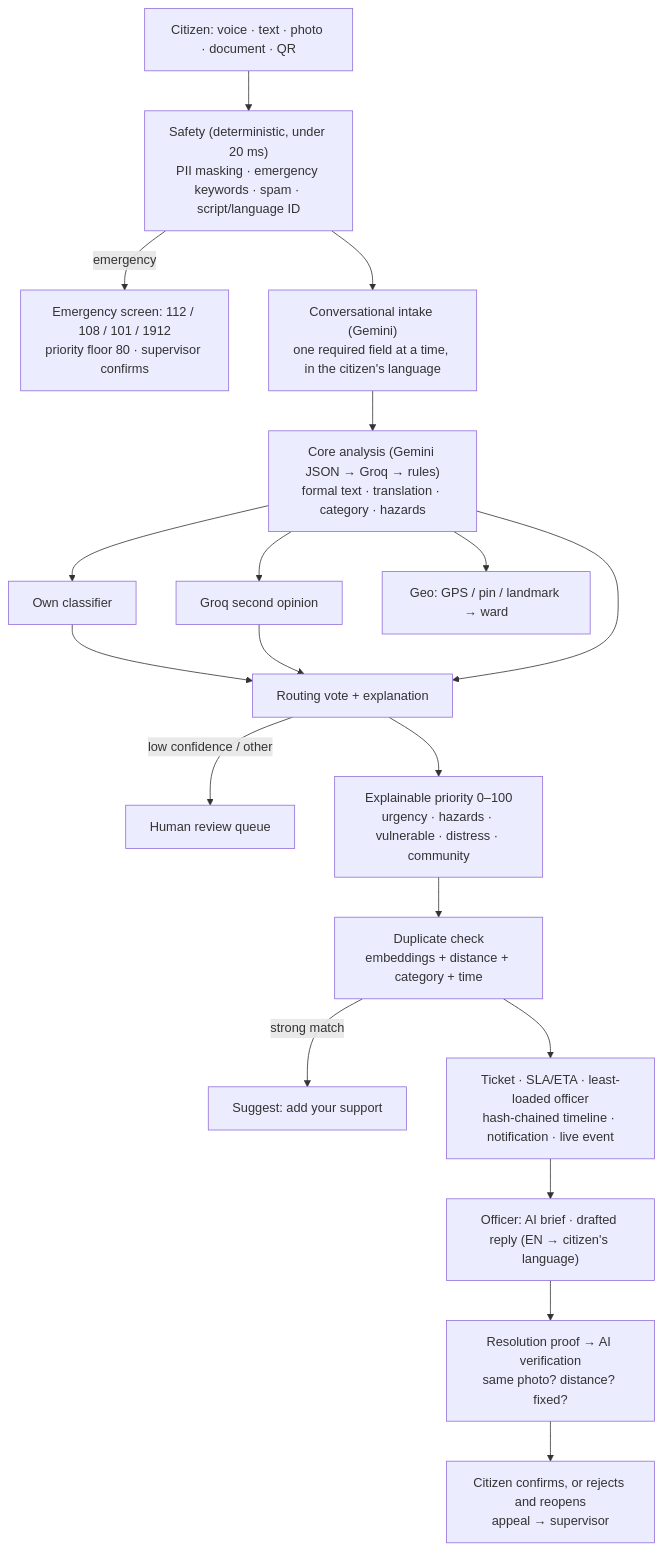
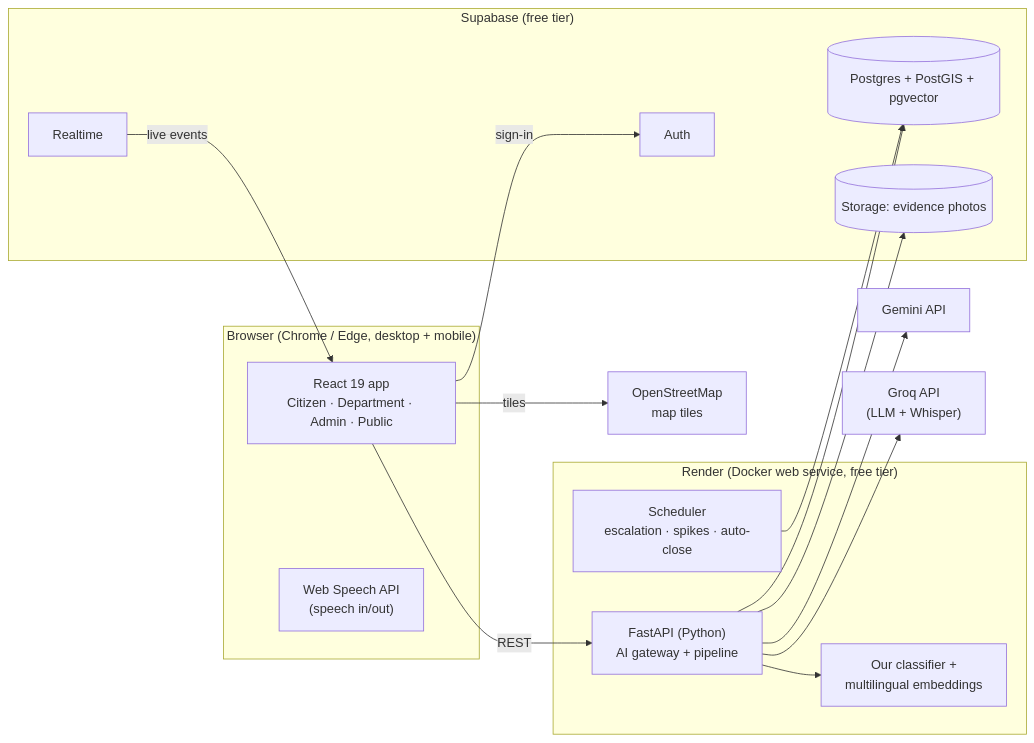
Before and after one commit to Vidur-2007/JanaVaani: the second of 2 diagrams in README.md, drawn with Mermaid. The commit also changed other lines of this file and 18 other files, not shown here.

````diff
--- a/README.md
+++ b/README.md
@@ -94,17 +294,32 @@
 ```mermaid
-flowchart TD
-  IN["Citizen: voice · text · photo · document · QR"] --> SAFE["Safety (deterministic, under 20 ms)<br/>PII masking · emergency keywords · spam · script/language ID"]
-  SAFE -->|emergency| EM["Emergency screen: 112 / 108 / 101 / 1912<br/>priority floor 80 · supervisor confirms"]
-  SAFE --> INTAKE["Conversational intake (Gemini)<br/>one required field at a time, in the citizen's language"]
-  INTAKE --> AN["Core analysis (Gemini JSON → Groq → rules)<br/>formal text · translation · category · hazards"]
-  AN --> V1["Own classifier"] & V2["Groq second opinion"] & V3["Geo: GPS / pin / landmark → ward"]
-  V1 & V2 & AN --> VOTE["Routing vote + explanation"]
-  VOTE -->|"low confidence / other"| REV["Human review queue"]
-  VOTE --> PRIO["Explainable priority 0–100<br/>urgency · hazards · vulnerable · distress · community"]
-  PRIO --> DUP["Duplicate check<br/>embeddings + distance + category + time"]
-  DUP -->|strong match| SUP["Suggest: add your support"]
-  DUP --> CREATE["Ticket · SLA/ETA · least-loaded officer<br/>hash-chained timeline · notification · live event"]
-  CREATE --> OFF["Officer: AI brief · drafted reply (EN → citizen's language)"]
-  OFF --> RES["Resolution proof → AI verification<br/>same photo? distance? fixed?"]
-  RES --> CIT2["Citizen confirms, or rejects and reopens<br/>appeal → supervisor"]
+flowchart LR
+    subgraph Browser["Browser (Chrome / Edge, desktop + mobile)"]
+        W["React 19 app<br/>Citizen · Department · Admin · Public"]
+        SP["Web Speech API<br/>(speech in/out)"]
+    end
+    subgraph RD["Render (Docker web service, free tier)"]
+        API["FastAPI (Python)<br/>AI gateway + pipeline"]
+        ML["Our classifier +<br/>multilingual embeddings"]
+        JOB["Scheduler<br/>escalation · spikes · auto-close"]
+    end
+    subgraph SB["Supabase (free tier)"]
+        DB[("Postgres + PostGIS + pgvector")]
+        ST[("Storage: evidence photos")]
+        AU["Auth"]
+        RT["Realtime"]
+    end
+    GEM["Gemini API"]
+    GRQ["Groq API<br/>(LLM + Whisper)"]
+    OSM["OpenStreetMap<br/>map tiles"]
+
+    W -- REST --> API
+    W -- sign-in --> AU
+    W -- tiles --> OSM
+    RT -- live events --> W
+    API --> ML
+    API --> DB
+    API --> ST
+    API --> GEM
+    API --> GRQ
+    JOB --> DB
 ```
````
